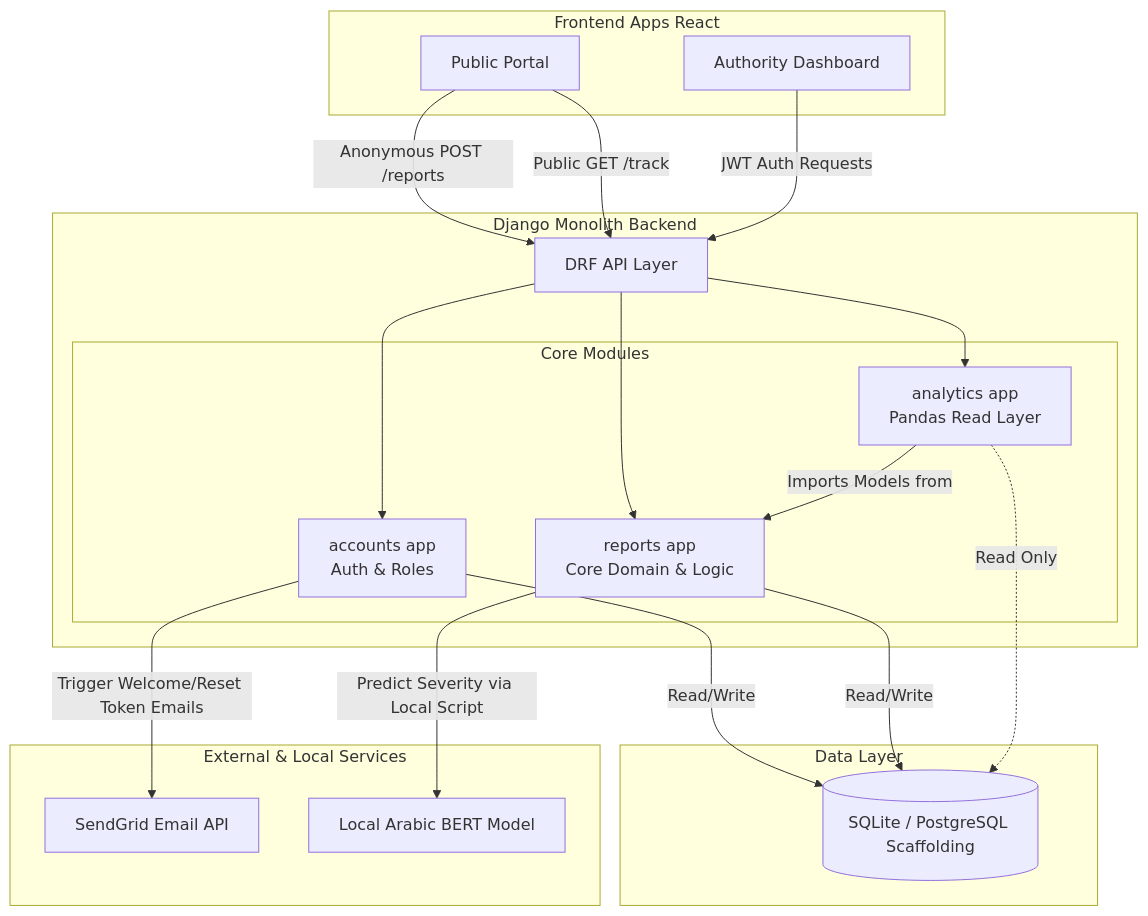
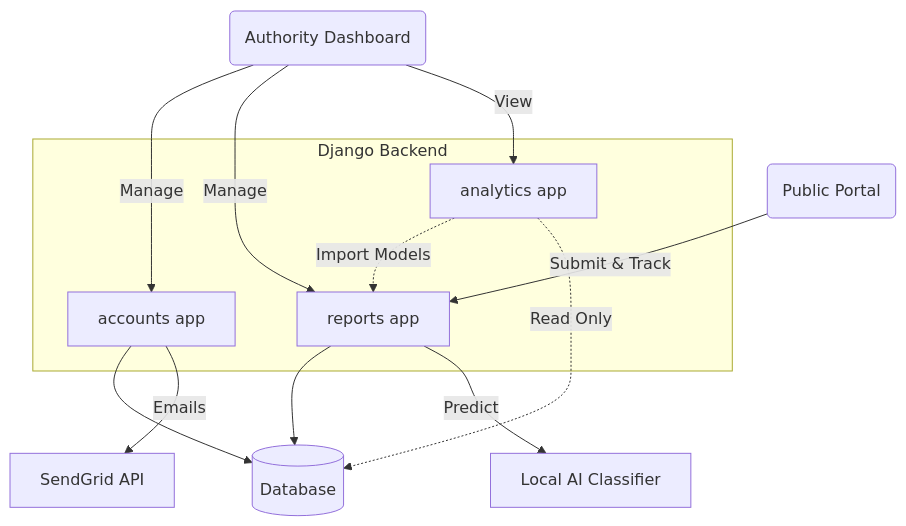
Before and after one commit to salmakhalill/Python-Sec-Sandbox: the first of 2 diagrams in test.md, drawn with Mermaid.

````diff
--- a/test.md
+++ b/test.md
@@ -22,48 +22,35 @@
 ```mermaid
 graph TD
-    subgraph Frontends [Frontend Apps React]
-        Portal[Public Portal]
-        Dashboard[Authority Dashboard]
+    %% Client Layer
+    Portal(Public Portal)
+    Dashboard(Authority Dashboard)
+
+    %% Backend Monolith
+    subgraph Django_Backend [Django Backend]
+        Accounts[accounts app]
+        Reports[reports app]
+        Analytics[analytics app]
     end
 
-    subgraph Backend [Django Monolith Backend]
-        API[DRF API Layer]
-        
-        subgraph Django_Apps [Core Modules]
-            Accounts[accounts app<br/>Auth & Roles]
-            Reports[reports app<br/>Core Domain & Logic]
-            Analytics[analytics app<br/>Pandas Read Layer]
-        end
-    end
+    %% External & Storage
+    DB[(Database)]
+    AI[Local AI Classifier]
+    SG[SendGrid API]
 
-    subgraph Storage [Data Layer]
-        DB[(SQLite / PostgreSQL Scaffolding)]
-    end
+    %% Frontend to Backend Flow
+    Portal -->|Submit & Track| Reports
+    Dashboard -->|Manage| Accounts
+    Dashboard -->|Manage| Reports
+    Dashboard -->|View| Analytics
 
-    subgraph Services [External & Local Services]
-        SG[SendGrid Email API]
-        AI[Local Arabic BERT Model]
-    end
+    %% Internal Dependency
+    Analytics -.->|Import Models| Reports
 
-    %% Frontend to API connections
-    Portal -->|Anonymous POST /reports| API
-    Portal -->|Public GET /track| API
-    Dashboard -->|JWT Auth Requests| API
-
-    %% API Layer routing to apps
-    API --> Accounts
-    API --> Reports
-    API --> Analytics
-
-    %% Internal App Dependencies & Rules
-    Analytics -->|Imports Models from| Reports
-    
-    %% Database connections
-    Accounts -->|Read/Write| DB
-    Reports -->|Read/Write| DB
+    %% Backend to Storage & Services
+    Accounts --> DB
+    Reports --> DB
     Analytics -.->|Read Only| DB
 
-    %% Service connections
-    Accounts -->|Trigger Welcome/Reset Token Emails| SG
-    Reports -->|Predict Severity via Local Script| AI
+    Accounts -->|Emails| SG
+    Reports -->|Predict| AI
 ```
````
